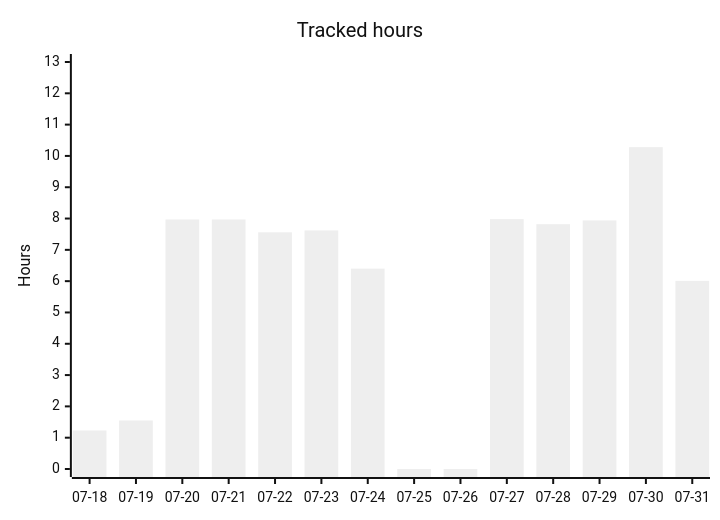
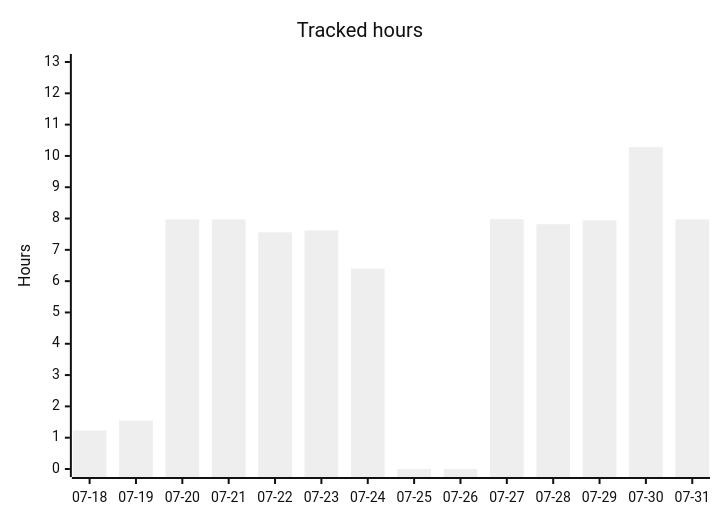
The second of 5 diagrams in README.org (albinforsberg-netizen/timeclock), drawn with Mermaid (neutral theme) before and after one commit. The commit also changed other lines of this file, not shown here.

```diff
--- a/README.org
+++ b/README.org
@@ -94,7 +94,7 @@
 #+begin_src mermaid
 xychart-beta
     title "Tracked hours"
     x-axis ["07-18", "07-19", "07-20", "07-21", "07-22", "07-23", "07-24", "07-25", "07-26", "07-27", "07-28", "07-29", "07-30", "07-31"]
     y-axis "Hours" 0 --> 13
-    bar [1.23, 1.55, 7.97, 7.97, 7.56, 7.62, 6.40, 0.00, 0.00, 7.98, 7.82, 7.94, 10.28, 6.01]
+    bar [1.23, 1.55, 7.97, 7.97, 7.56, 7.62, 6.40, 0.00, 0.00, 7.98, 7.82, 7.94, 10.28, 7.97]
 #+end_src
```
